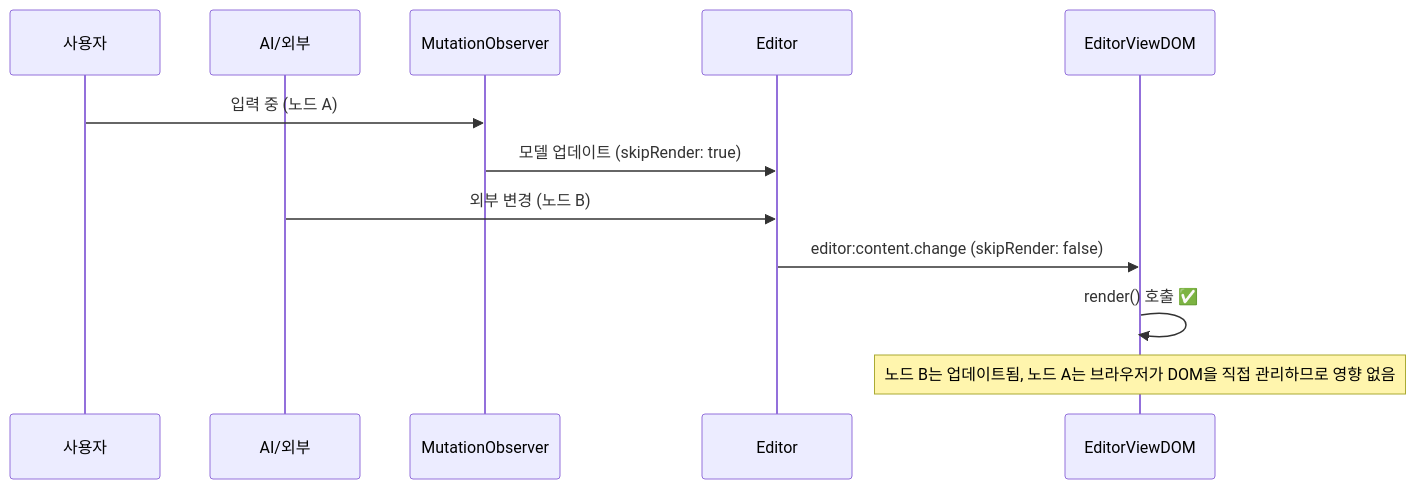
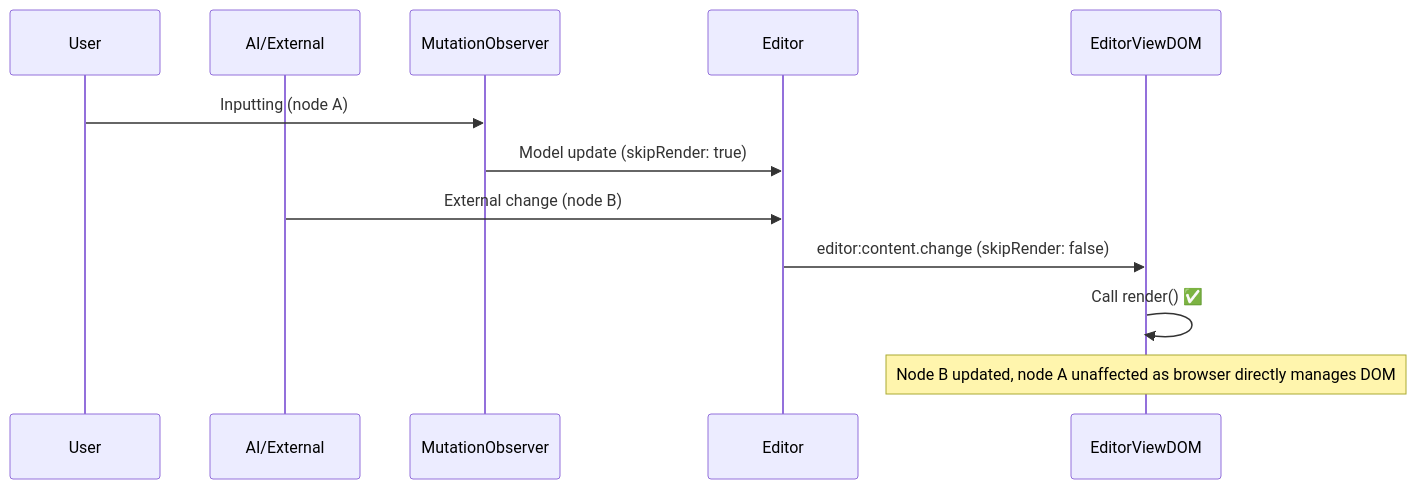
Before and after one commit to barocss/barocss-editor: the eighth of 16 diagrams in packages/editor-view-dom/docs/plan/input-rendering-race-condition.md, drawn with Mermaid. The commit also changed other lines of this file and 43 other files, not shown here.

````diff
--- a/packages/editor-view-dom/docs/plan/input-rendering-race-condition.md
+++ b/packages/editor-view-dom/docs/plan/input-rendering-race-condition.md
@@ -597,15 +597,15 @@
 ```mermaid
 sequenceDiagram
-    participant User as 사용자
-    participant AI as AI/외부
+    participant User as User
+    participant AI as AI/External
     participant MO as MutationObserver
     participant Editor as Editor
     participant EVD as EditorViewDOM
 
-    User->>MO: 입력 중 (노드 A)
-    MO->>Editor: 모델 업데이트 (skipRender: true)
-    AI->>Editor: 외부 변경 (노드 B)
+    User->>MO: Inputting (node A)
+    MO->>Editor: Model update (skipRender: true)
+    AI->>Editor: External change (node B)
     Editor->>EVD: editor:content.change (skipRender: false)
-    EVD->>EVD: render() 호출 ✅
-    Note over EVD: 노드 B는 업데이트됨, 노드 A는 브라우저가 DOM을 직접 관리하므로 영향 없음
+    EVD->>EVD: Call render() ✅
+    Note over EVD: Node B updated, node A unaffected as browser directly manages DOM
 ```
````
